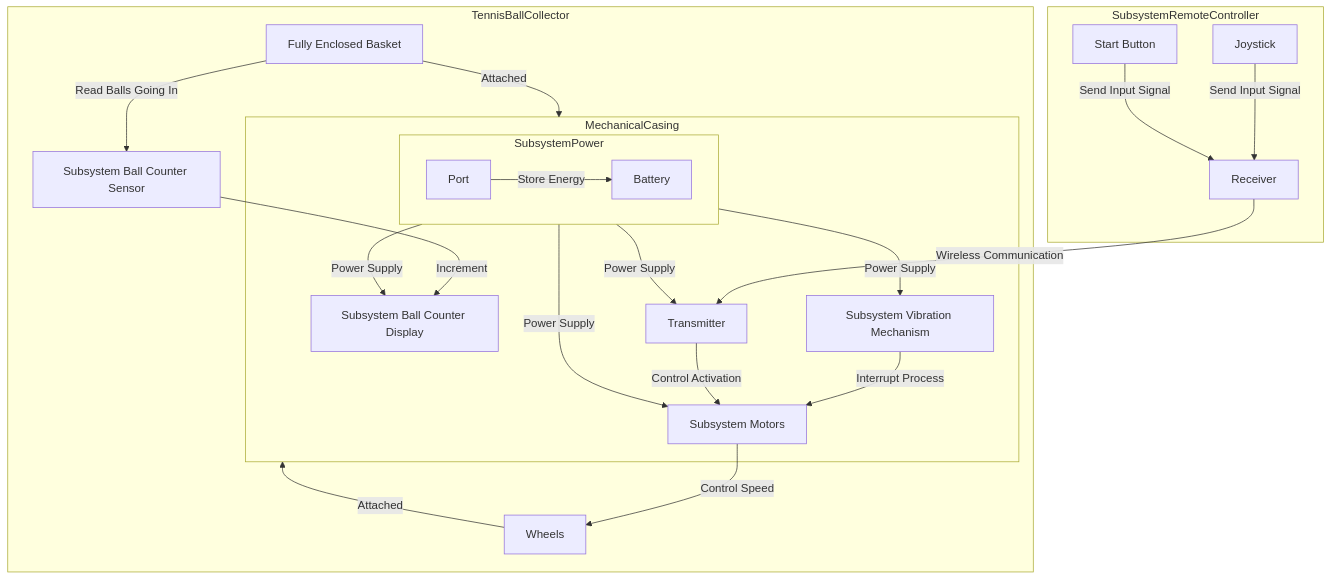
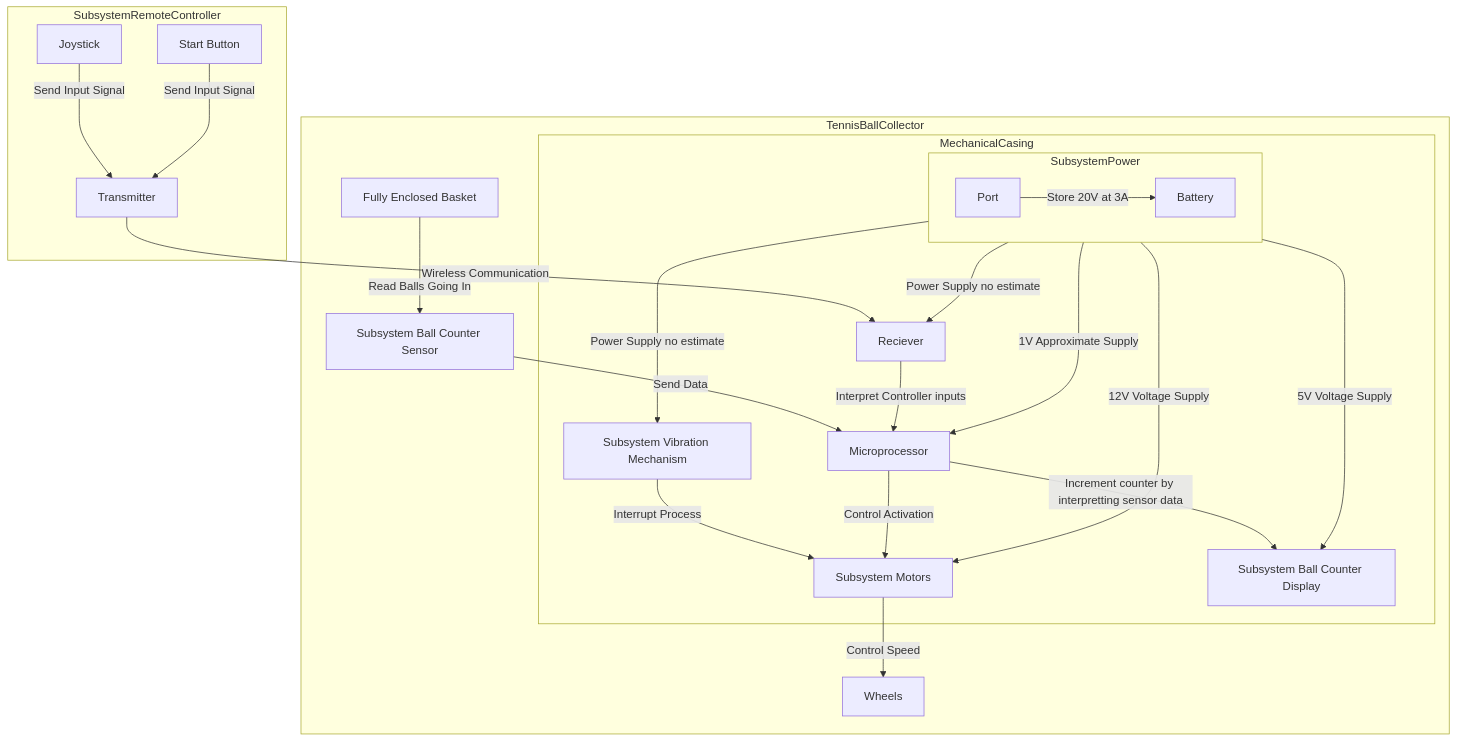
Before and after one commit to link422/F24_Team3_TennisBallCollector: the first of 3 diagrams in Reports/Conceptual Design.md, drawn with Mermaid. The commit also changed other lines of this file, not shown here.

Commit message:
Update Conceptual Design.md

````diff
--- a/Reports/Conceptual Design.md
+++ b/Reports/Conceptual Design.md
@@ -81,54 +80,57 @@
 ```mermaid
 flowchart TD
     A1[Fully Enclosed Basket]
     A2[Subsystem Ball Counter Sensor]
     A3[Wheels]
     A21[Subsystem Vibration Mechanism]
     A22[Subsystem Motors]
     A23[Subsystem Ball Counter Display]
-    A24[Transmitter]
+    A24[Reciever]
     A25[Battery]
     A26[Port]
+    A27[Microprocessor]
 
     B1[Joystick]
     B2[Start Button]
-    B3[Receiver]
+    B3[Transmitter]
 
     subgraph TennisBallCollector
-    A1 --> |Attached|MechanicalCasing
     A1 --> |Read Balls Going In|A2
-    A2 --> |Increment|A23
+    A2 --> |Send Data|A27
+    A27 --> |Increment counter by interpretting sensor data|A23
     subgraph MechanicalCasing
     A21 --> |Interrupt Process|A22
-    A24 --> |Control Activation|A22
-    SubsystemPower --> |Power Supply|A21
-    SubsystemPower --> |Power Supply|A22
-    SubsystemPower --> |Power Supply|A23
-    SubsystemPower --> |Power Supply|A24
+    A24 --> |Interpret Controller inputs|A27
+    A27 --> |Control Activation|A22
+    SubsystemPower --> |Power Supply no estimate|A21
+    SubsystemPower --> |12V Voltage Supply|A22
+    SubsystemPower --> |5V Voltage Supply|A23
+    SubsystemPower --> |Power Supply no estimate|A24
+    SubsystemPower --> |1V Approximate Supply|A27
     subgraph SubsystemPower
-    A26 --> |Store Energy|A25
+    A26 --> |Store 20V at 3A|A25
     end
     end
-    A3 --> |Attached|MechanicalCasing
     A22 --> |Control Speed|A3
     end
 
     subgraph SubsystemRemoteController
     B1 --> |Send Input Signal|B3
     B2 --> |Send Input Signal|B3
     end
 
     B3 --> |Wireless Communication|A24
 
     click A1 "Fully Enclosed Basket for storing the Tennis Balls collected. "
-    click A2 "Goal is to sense the balls going into the basket and communicate to counter."
-    click A21 "If tennis ball gets stuck, activate mechanism and indicate to operator."
+    click A2 "Goal is to sense the balls going into the basket and communicate to counter via the microprocessor"
+    click A21 "If tennis ball gets stuck, activate mechanism and recollect jammed tennis balls."
     click A22 "Used for self propelling the wheels of the Tennis Ball Collector."
-    click A23 "Increment ball counter and display on LCD like disply located on the surface of mechanical casing"
-    click A24 "Receive signals sent by the remote Controller."
-    click A25 "Lithium ion battery used to supply the electronics in the system with energy."
+    click A23 "Increment ball counter and display on LCD like disply located on the surface of mechanical casing. Can't implement on controller because controller used shall be kept minimally modified from original design (Not making controller from scratch)."
+    click A24 "Receive the signals sent by the Remote Controller."
+    click A25 "Lithium ion battery used to power the electronics in the system."
     click A26 "Mechanism whether USB-A, USB-C, or micro-cable that is capatable with existing chargers."
-    click B1 "Control used to control the direction of the Tennis Ball Collector."
-    click B2 "Control used to turn on/off of the Tennis Ball Collector remotely."
-    click B3 "Send signals to Tennis Ball Collector to control Mechanism."
+    click A27 "Provide communication between systems to interpret data."
+    click B1 "Mechanism used to control the direction of the Tennis Ball Collector."
+    click B2 "Mechanism used to turn on/off of the Tennis Ball Collector remotely."
+    click B3 "Send signals to the Tennis Ball Collector to control."
 ```
````
